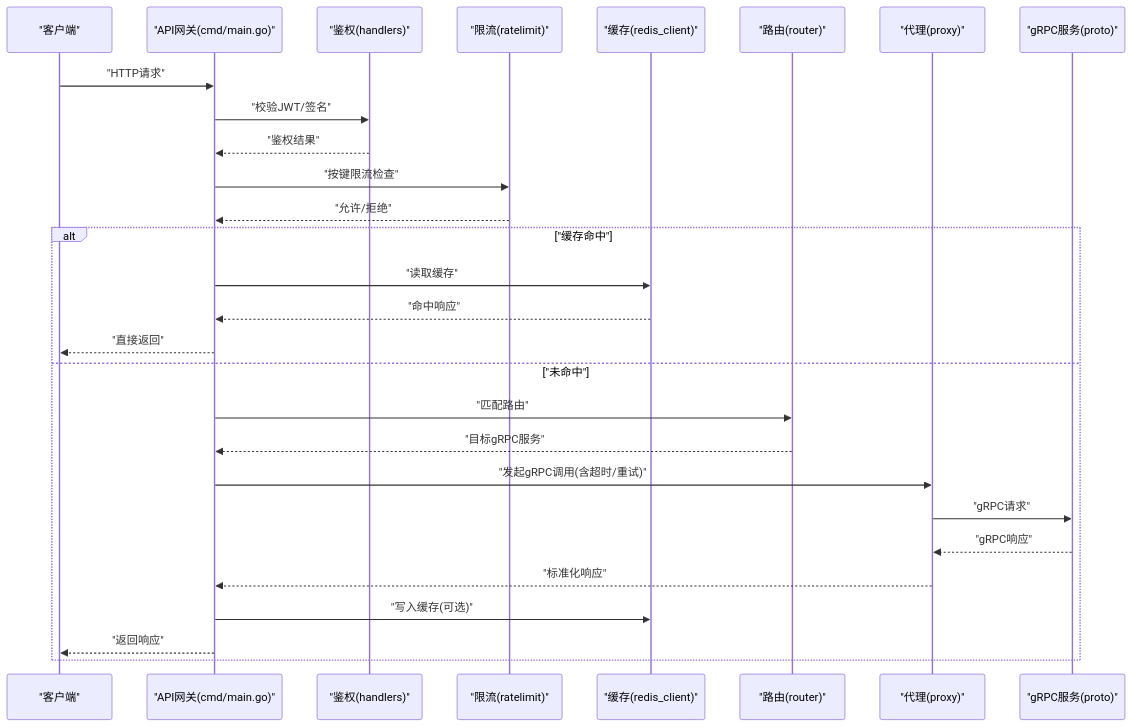
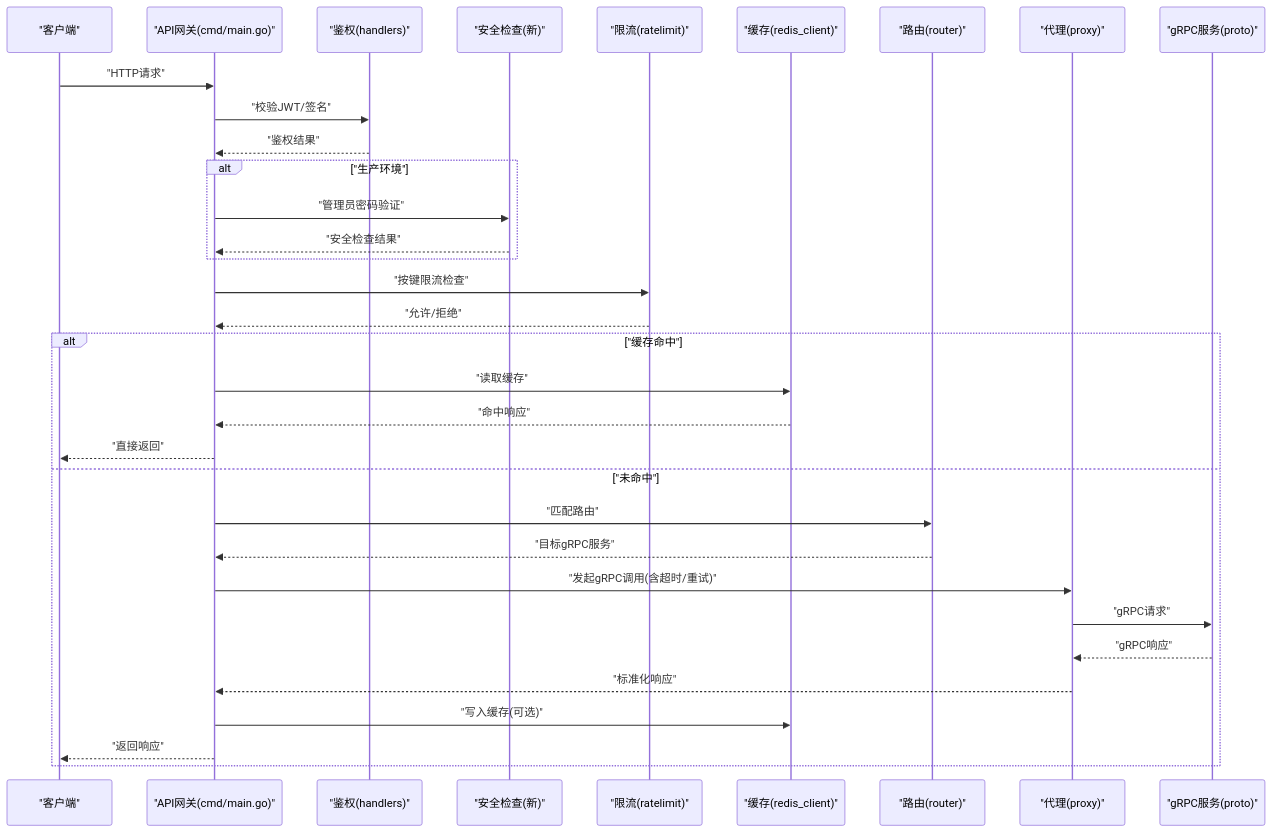
Before and after one commit to zmdhdu/NexusCockpit: the second of 9 diagrams in .qoder/repowiki/zh/content/系统架构设计/微服务架构设计/API网关服务设计.md, drawn with Mermaid. The commit also changed other lines of this file and 21 other files, not shown here.

````diff
--- a/.qoder/repowiki/zh/content/系统架构设计/微服务架构设计/API网关服务设计.md
+++ b/.qoder/repowiki/zh/content/系统架构设计/微服务架构设计/API网关服务设计.md
@@ -115,30 +125,35 @@
 ```mermaid
 sequenceDiagram
 participant Client as "客户端"
 participant GW as "API网关(cmd/main.go)"
 participant Auth as "鉴权(handlers)"
+participant SecCheck as "安全检查(新)"
 participant RL as "限流(ratelimit)"
 participant Cache as "缓存(redis_client)"
 participant Router as "路由(router)"
 participant Proxy as "代理(proxy)"
 participant GRPC as "gRPC服务(proto)"
 Client->>GW : "HTTP请求"
 GW->>Auth : "校验JWT/签名"
 Auth-->>GW : "鉴权结果"
+alt "生产环境"
+GW->>SecCheck : "管理员密码验证"
+SecCheck-->>GW : "安全检查结果"
+end
 GW->>RL : "按键限流检查"
 RL-->>GW : "允许/拒绝"
 alt "缓存命中"
 GW->>Cache : "读取缓存"
 Cache-->>GW : "命中响应"
 GW-->>Client : "直接返回"
 else "未命中"
 GW->>Router : "匹配路由"
 Router-->>GW : "目标gRPC服务"
 GW->>Proxy : "发起gRPC调用(含超时/重试)"
 Proxy->>GRPC : "gRPC请求"
 GRPC-->>Proxy : "gRPC响应"
 Proxy-->>GW : "标准化响应"
 GW->>Cache : "写入缓存(可选)"
 GW-->>Client : "返回响应"
 end
 ```
````
